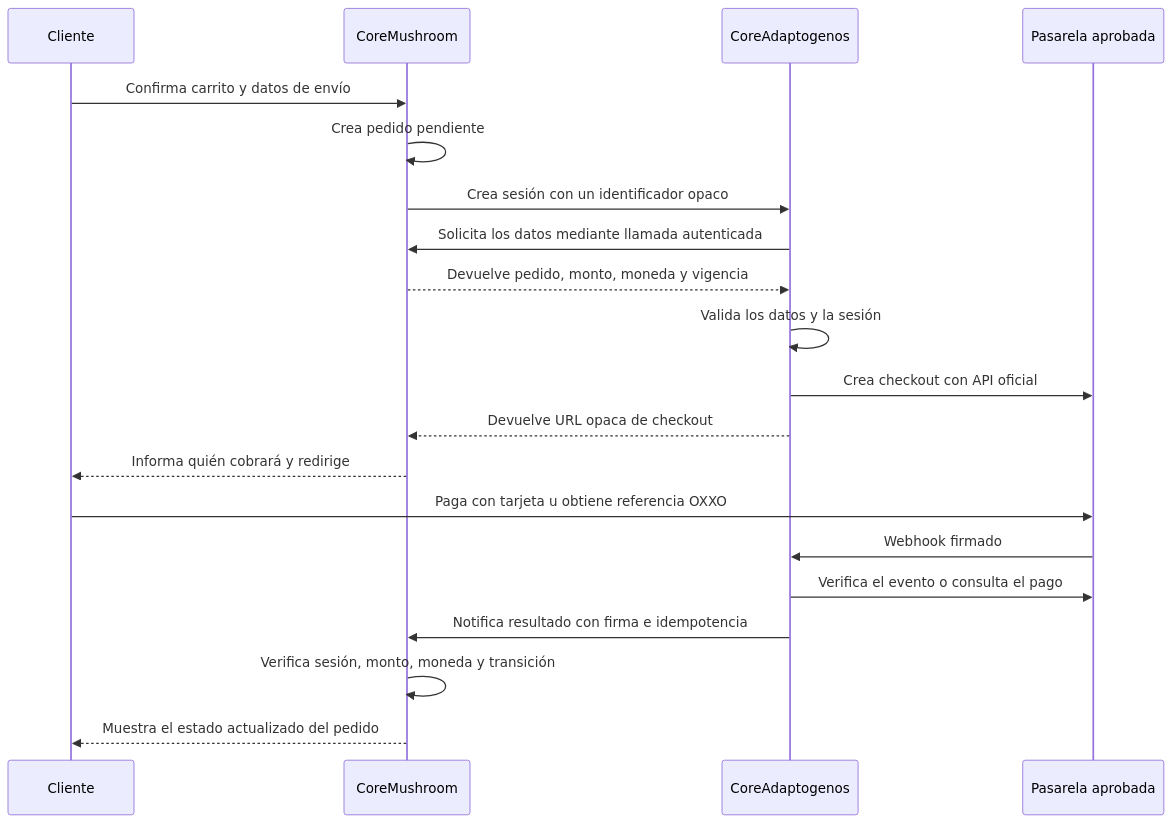
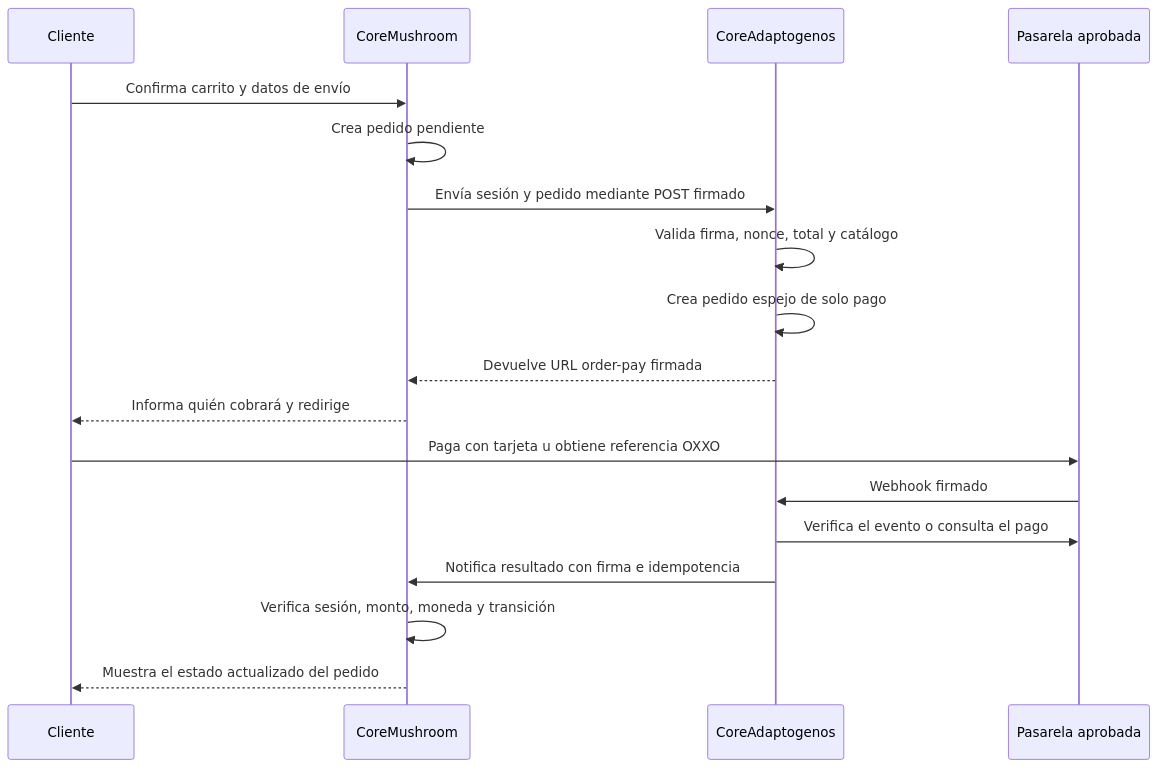
The diagram in docs/pagos-coreadaptogenos.md (al2242000122/CoreMushroom), drawn with Mermaid before and after one commit. The commit also changed other lines of this file and 9 other files, not shown here.

````diff
--- a/docs/pagos-coreadaptogenos.md
+++ b/docs/pagos-coreadaptogenos.md
@@ -39,23 +40,21 @@
 ```mermaid
 sequenceDiagram
     participant C as Cliente
     participant M as CoreMushroom
     participant A as CoreAdaptogenos
     participant P as Pasarela aprobada
 
     C->>M: Confirma carrito y datos de envío
     M->>M: Crea pedido pendiente
-    M->>A: Crea sesión con un identificador opaco
-    A->>M: Solicita los datos mediante llamada autenticada
-    M-->>A: Devuelve pedido, monto, moneda y vigencia
-    A->>A: Valida los datos y la sesión
-    A->>P: Crea checkout con API oficial
-    A-->>M: Devuelve URL opaca de checkout
+    M->>A: Envía sesión y pedido mediante POST firmado
+    A->>A: Valida firma, nonce, total y catálogo
+    A->>A: Crea pedido espejo de solo pago
+    A-->>M: Devuelve URL order-pay firmada
     M-->>C: Informa quién cobrará y redirige
     C->>P: Paga con tarjeta u obtiene referencia OXXO
     P->>A: Webhook firmado
     A->>P: Verifica el evento o consulta el pago
     A->>M: Notifica resultado con firma e idempotencia
     M->>M: Verifica sesión, monto, moneda y transición
     M-->>C: Muestra el estado actualizado del pedido
 ```
````
